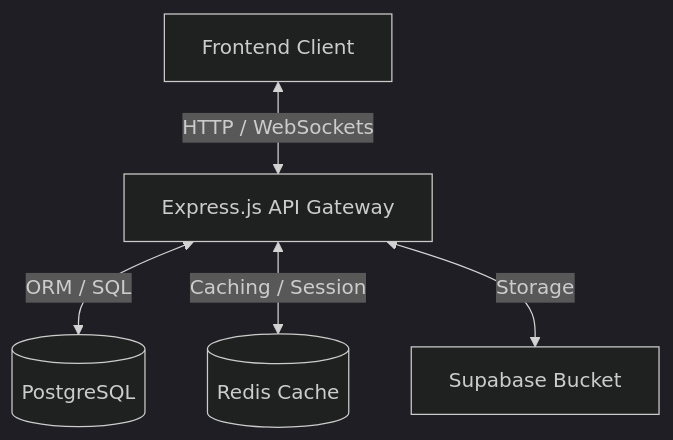
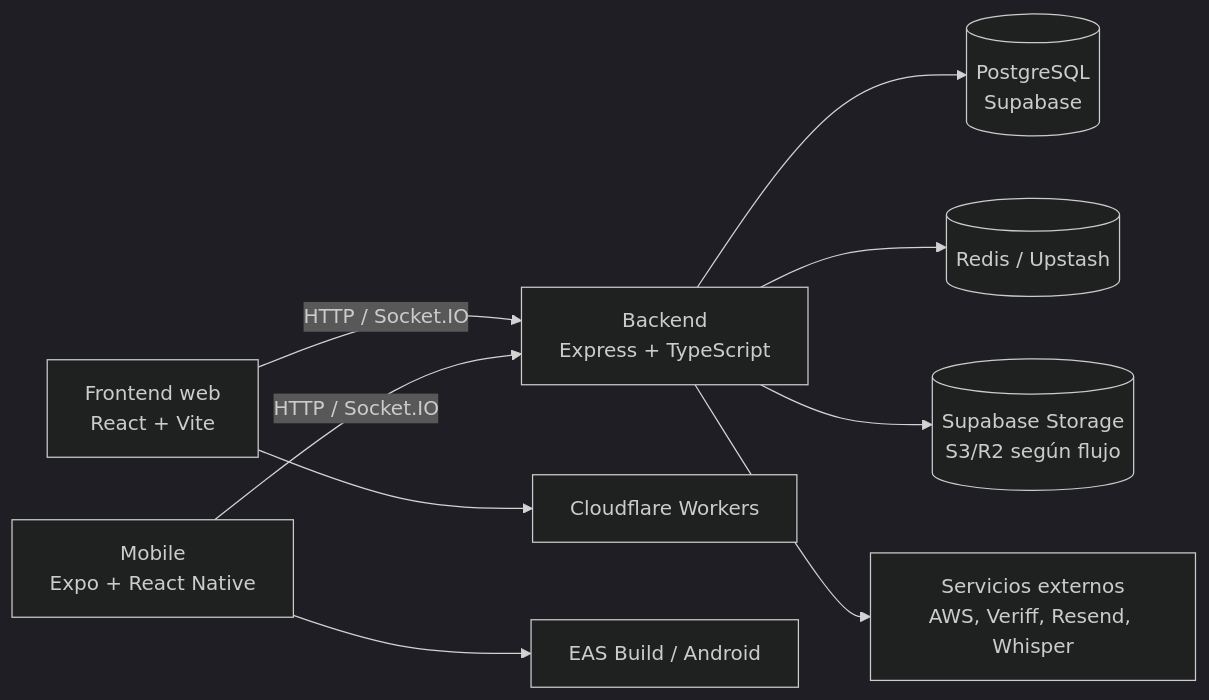
One commit to Juls010/bluvi_documentation changed the diagram in docs/general/intro.md. Above: the diagram before and after it, drawn with Mermaid (dark theme). The commit also changed other lines of this file and 34 other files, not shown here.

````diff
--- a/docs/general/intro.md
+++ b/docs/general/intro.md
@@ -24,7 +14,11 @@
 ```mermaid
-graph TD
-    A[Frontend Client] <-->|HTTP / WebSockets| B[Express.js API Gateway]
-    B <-->|ORM / SQL| C[(PostgreSQL)]
-    B <-->|Caching / Session| D[(Redis Cache)]
-    B <-->|Storage| E[Supabase Bucket]
+flowchart LR
+  Web[Frontend web\nReact + Vite] -->|HTTP / Socket.IO| API[Backend\nExpress + TypeScript]
+  Mobile[Mobile\nExpo + React Native] -->|HTTP / Socket.IO| API
+  API --> DB[(PostgreSQL\nSupabase)]
+  API --> Cache[(Redis / Upstash)]
+  API --> Storage[(Supabase Storage\nS3/R2 según flujo)]
+  API --> External[Servicios externos\nAWS, Veriff, Resend, Whisper]
+  Web --> WebHosting[Cloudflare Workers]
+  Mobile --> EAS[EAS Build / Android]
 ```
````
